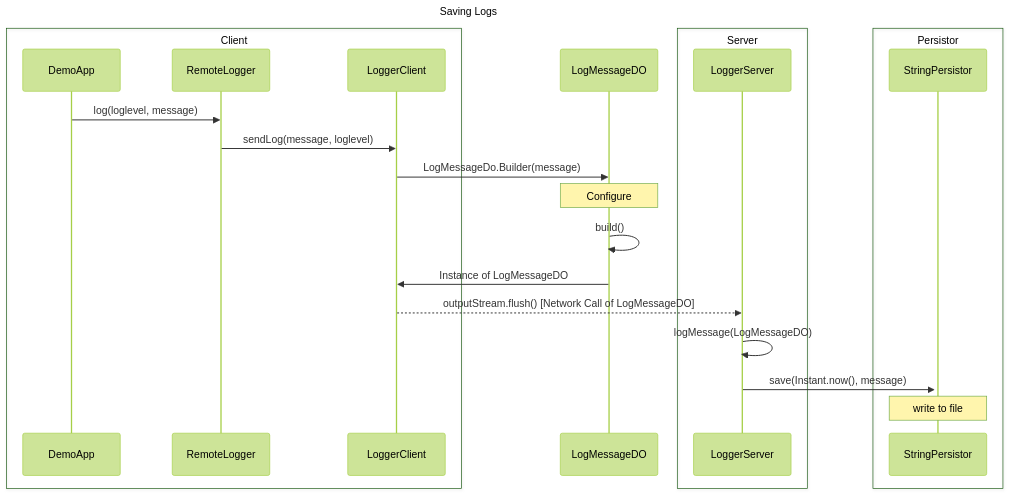
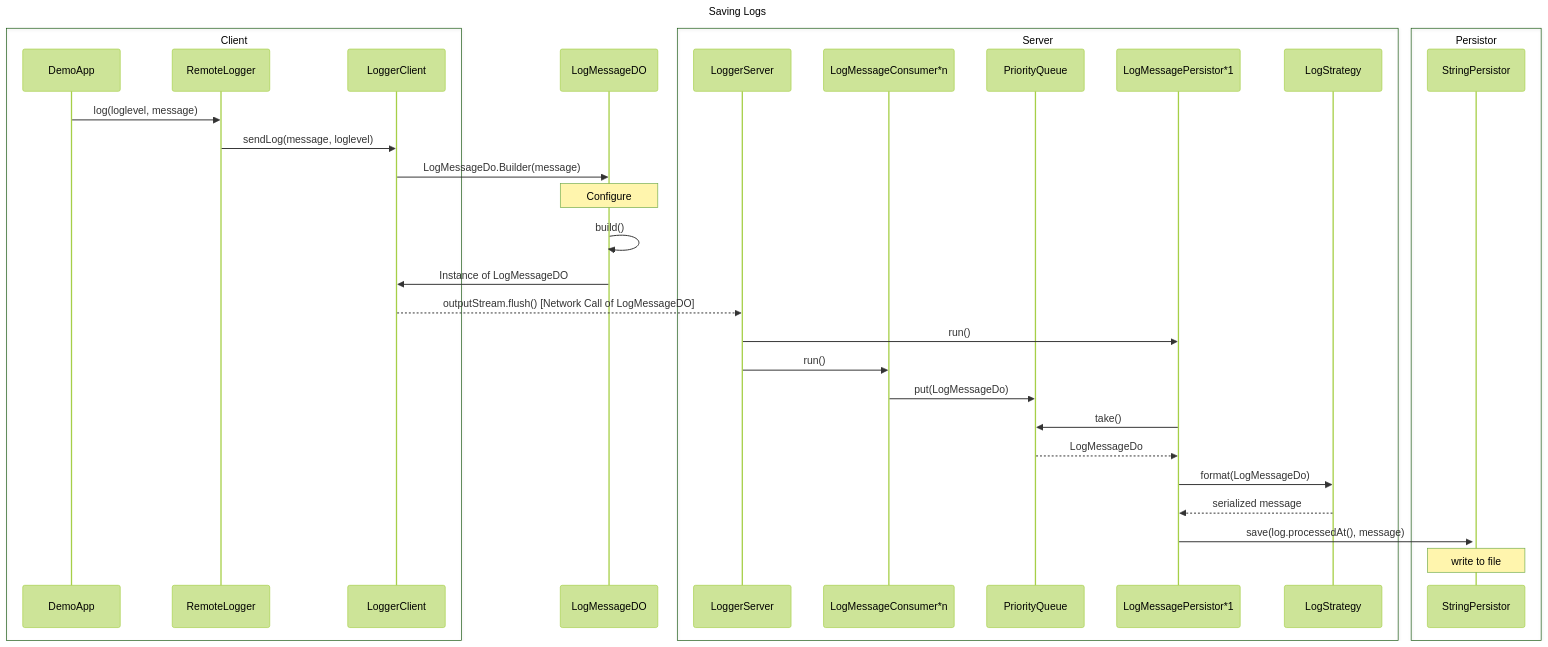
One commit to esennHslu/g08-documentation changed the diagram in src/docs/asciidoc/technical/LogMessageFromClientToFile.adoc. Above: the diagram before and after it, drawn with Mermaid (forest theme). The commit also changed other lines of this file, not shown here.

Commit message:
Update log persistence diagram for multi-connection setup / document design decisions

```diff
--- a/src/docs/asciidoc/technical/LogMessageFromClientToFile.adoc
+++ b/src/docs/asciidoc/technical/LogMessageFromClientToFile.adoc
@@ -5,28 +5,38 @@
 [mermaid, format="svg", opts="inline"]
 ----
 sequenceDiagram
     title Saving Logs
     box Client
     participant DA as DemoApp
     participant RL as RemoteLogger
     participant LC as LoggerClient
     end
     participant LMD as LogMessageDO
     box Server
     participant LS as LoggerServer
+    participant LMC as LogMessageConsumer*n
+    participant LPQ as PriorityQueue
+    participant LMP as LogMessagePersistor*1
+    participant LMS as LogStrategy
     end
     box Persistor
     participant SP as StringPersistor
     end
 
     DA->>RL: log(loglevel, message)
     RL->>LC: sendLog(message, loglevel)
     LC->>LMD: LogMessageDo.Builder(message)
     Note over LMD: Configure
     LMD->>LMD: build()
     LMD->>LC: Instance of LogMessageDO
     LC-->>LS: outputStream.flush() [Network Call of LogMessageDO]
-    LS->>LS: logMessage(LogMessageDO)
-    LS->>+SP: save(Instant.now(), message)
-    Note over SP: write to file 
+    LS ->> LMP: run()
+    LS ->> LMC: run()
+    LMC ->> LPQ: put(LogMessageDo)
+    LMP ->> LPQ: take()
+    LPQ -->> LMP: LogMessageDo
+    LMP ->> LMS: format(LogMessageDo)
+    LMS -->> LMP: serialized message
+    LMP->>+SP: save(log.processedAt(), message)
+    Note over SP: write to file
 ----
```
